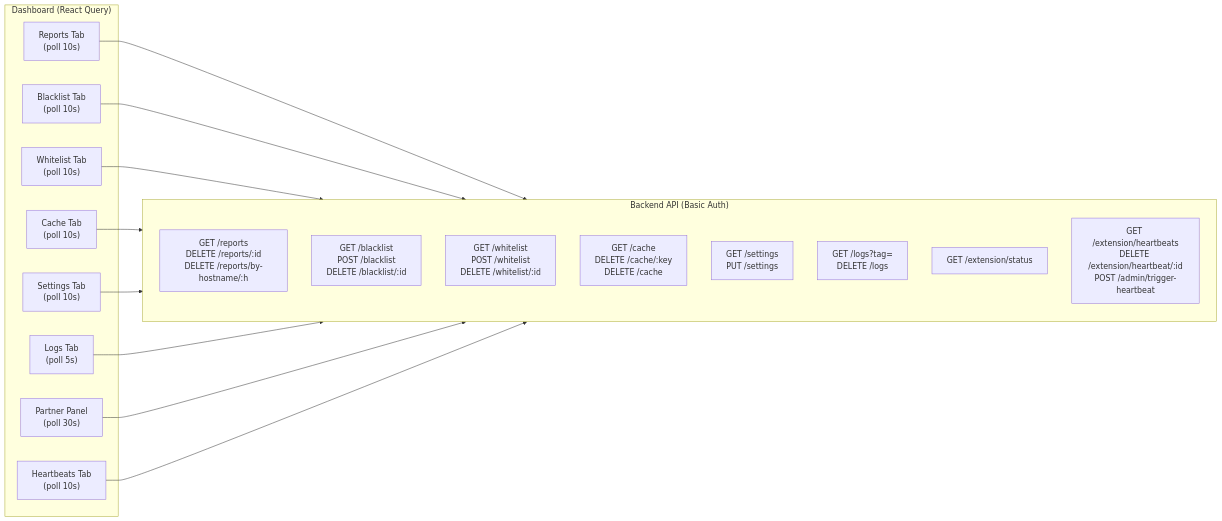
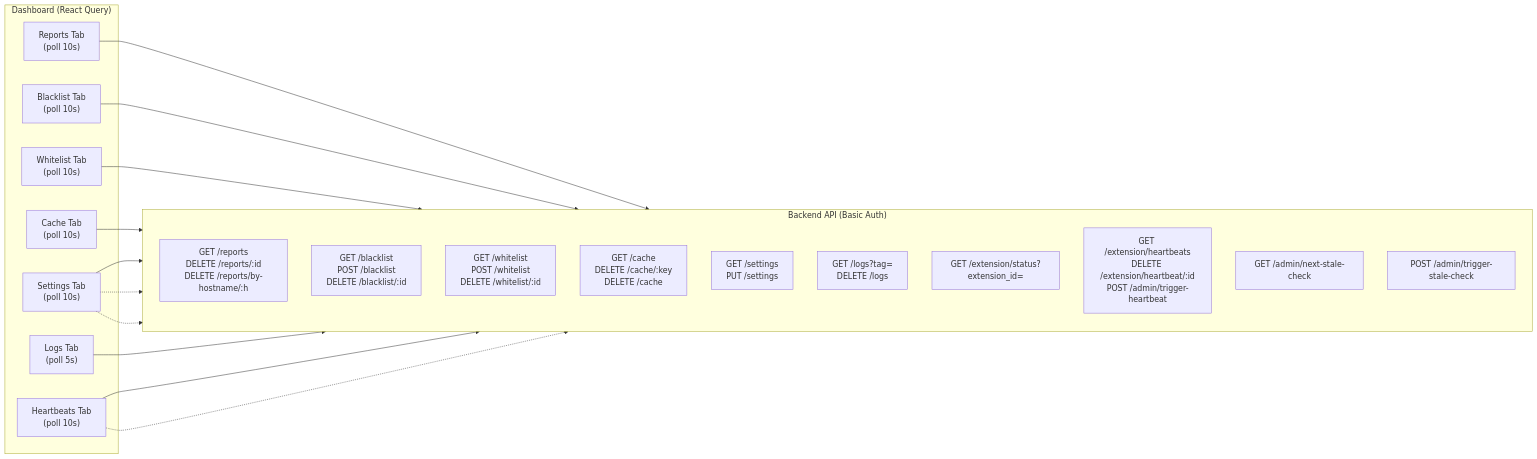
One commit to rizkyfauziilmi/gambling-blocker changed the sixth of 6 diagrams in docs/architecture.md. Above: the diagram before and after it, drawn with Mermaid. The commit also changed other lines of this file and 6 other files, not shown here.

````diff
--- a/docs/architecture.md
+++ b/docs/architecture.md
@@ -241,33 +360,36 @@
 ```mermaid
 flowchart LR
     subgraph DASH["Dashboard (React Query)"]
         R["Reports Tab<br/>(poll 10s)"]
         B["Blacklist Tab<br/>(poll 10s)"]
         W["Whitelist Tab<br/>(poll 10s)"]
         C["Cache Tab<br/>(poll 10s)"]
         S["Settings Tab<br/>(poll 10s)"]
         L["Logs Tab<br/>(poll 5s)"]
-        P["Partner Panel<br/>(poll 30s)"]
         H["Heartbeats Tab<br/>(poll 10s)"]
     end
     subgraph API["Backend API (Basic Auth)"]
         direction TB
         REP["GET /reports<br/>DELETE /reports/:id<br/>DELETE /reports/by-hostname/:h"]
         BL["GET /blacklist<br/>POST /blacklist<br/>DELETE /blacklist/:id"]
         WL["GET /whitelist<br/>POST /whitelist<br/>DELETE /whitelist/:id"]
         CACHE["GET /cache<br/>DELETE /cache/:key<br/>DELETE /cache"]
         SET["GET /settings<br/>PUT /settings"]
         LOG["GET /logs?tag=<br/>DELETE /logs"]
-        STAT["GET /extension/status"]
+        STAT["GET /extension/status?extension_id="]
         HB["GET /extension/heartbeats<br/>DELETE /extension/heartbeat/:id<br/>POST /admin/trigger-heartbeat"]
+        SC["GET /admin/next-stale-check"]
+        STALE["POST /admin/trigger-stale-check"]
     end
 
     R --> REP
     B --> BL
     W --> WL
     C --> CACHE
     S --> SET
     L --> LOG
-    P --> STAT
     H --> HB
+    H -.-> STALE
+    S -.-> SC
+    S -.-> STALE
 ```
````
